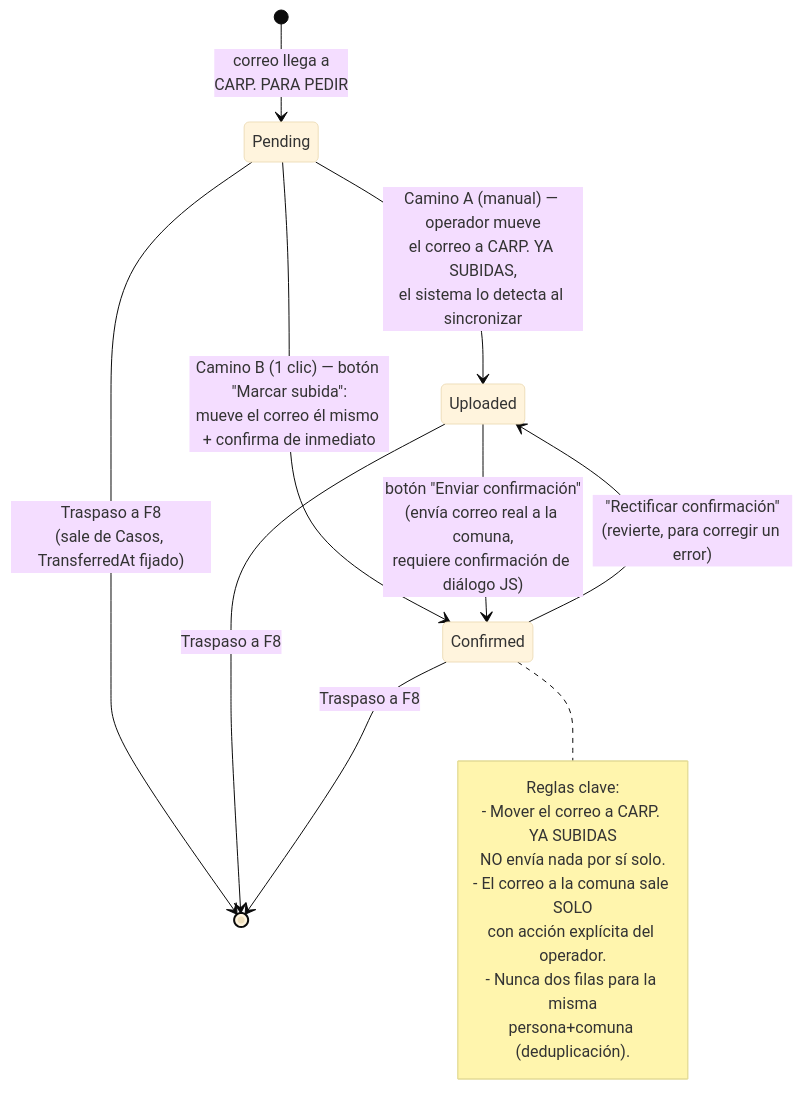
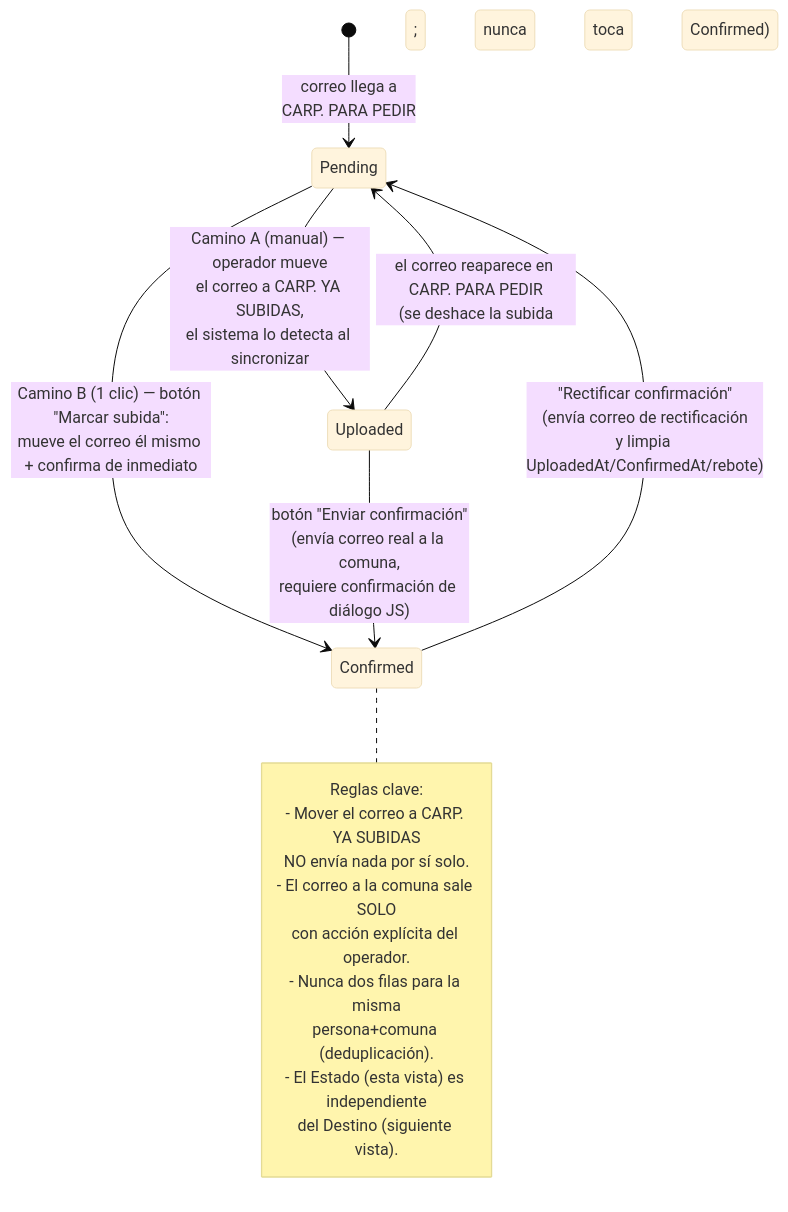
Before and after one commit to corsal2025/cambio-de-domicilio: the second of 7 diagrams in docs/diagrama-sistema.md, drawn with Mermaid (base theme). The commit also changed other lines of this file and 11 other files, not shown here.

````diff
--- a/docs/diagrama-sistema.md
+++ b/docs/diagrama-sistema.md
@@ -55,25 +62,24 @@
 ```mermaid
 stateDiagram-v2
     [*] --> Pending: correo llega a<br/>CARP. PARA PEDIR
 
     Pending --> Uploaded: Camino A (manual) — operador mueve<br/>el correo a CARP. YA SUBIDAS,<br/>el sistema lo detecta al sincronizar
     Pending --> Confirmed: Camino B (1 clic) — botón "Marcar subida":<br/>mueve el correo él mismo + confirma de inmediato
 
     Uploaded --> Confirmed: botón "Enviar confirmación"<br/>(envía correo real a la comuna,<br/>requiere confirmación de diálogo JS)
+    Uploaded --> Pending: el correo reaparece en CARP. PARA PEDIR<br/>(se deshace la subida; nunca toca Confirmed)
 
-    Confirmed --> Uploaded: "Rectificar confirmación"<br/>(revierte, para corregir un error)
-
-    Pending --> [*]: Traspaso a F8<br/>(sale de Casos, TransferredAt fijado)
-    Uploaded --> [*]: Traspaso a F8
-    Confirmed --> [*]: Traspaso a F8
+    Confirmed --> Pending: "Rectificar confirmación"<br/>(envía correo de rectificación<br/>y limpia UploadedAt/ConfirmedAt/rebote)
 
     note right of Confirmed
         Reglas clave:
         - Mover el correo a CARP. YA SUBIDAS
           NO envía nada por sí solo.
         - El correo a la comuna sale SOLO
           con acción explícita del operador.
         - Nunca dos filas para la misma
           persona+comuna (deduplicación).
+        - El Estado (esta vista) es independiente
+          del Destino (siguiente vista).
     end note
 ```
````
